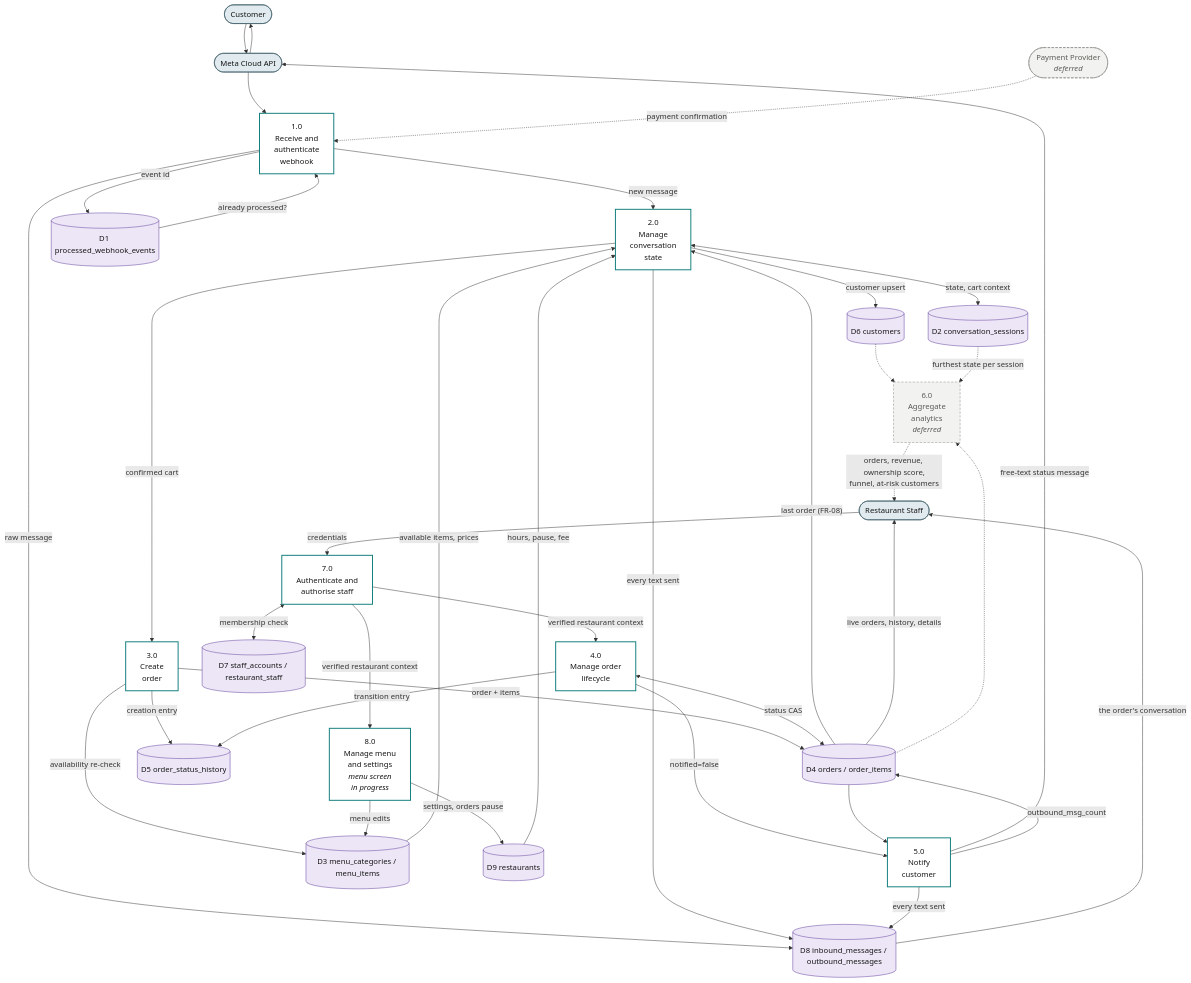
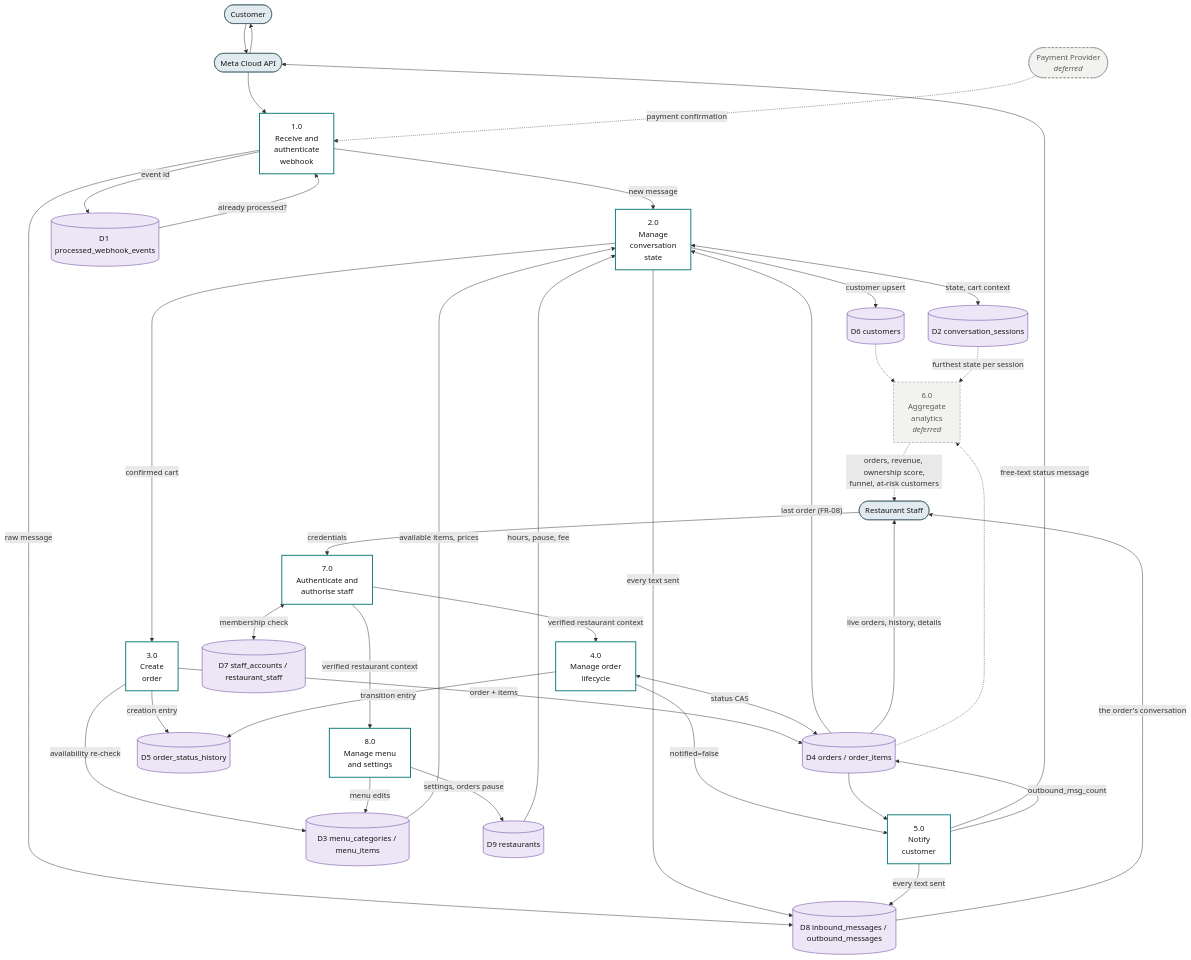
The diagram in docs/diagrams/11-dfd-level1.mmd (mhmdd137/sufria), drawn with Mermaid before and after one commit. The commit also changed 14 other files, not shown here.

```diff
--- a/docs/diagrams/11-dfd-level1.mmd
+++ b/docs/diagrams/11-dfd-level1.mmd
@@ -1,71 +1,71 @@
 flowchart TB
     classDef ext fill:#E1EAEE,stroke:#35555F,color:#161615
     classDef proc fill:#FFFFFF,stroke:#0E7C7B,stroke-width:2px,color:#161615
     classDef store fill:#EDE6F7,stroke:#5B3A99,color:#161615
     classDef defer fill:#F2F2F0,stroke:#8A8A85,stroke-width:1px,stroke-dasharray:5 3,color:#5A5A57
 
     CUST(["Customer"]):::ext
     STAFF(["Restaurant Staff"]):::ext
     META(["Meta Cloud API"]):::ext
     PAY(["Payment Provider<br/><i>deferred</i>"]):::defer
 
     P1["1.0<br/>Receive and<br/>authenticate<br/>webhook"]:::proc
     P2["2.0<br/>Manage<br/>conversation<br/>state"]:::proc
     P3["3.0<br/>Create<br/>order"]:::proc
     P4["4.0<br/>Manage order<br/>lifecycle"]:::proc
     P5["5.0<br/>Notify<br/>customer"]:::proc
     P6["6.0<br/>Aggregate<br/>analytics<br/><i>deferred</i>"]:::defer
     P7["7.0<br/>Authenticate and<br/>authorise staff"]:::proc
-    P8["8.0<br/>Manage menu<br/>and settings<br/><i>menu screen<br/>in progress</i>"]:::proc
+    P8["8.0<br/>Manage menu<br/>and settings"]:::proc
 
     D1[("D1 processed_webhook_events")]:::store
     D2[("D2 conversation_sessions")]:::store
     D3[("D3 menu_categories / menu_items")]:::store
     D4[("D4 orders / order_items")]:::store
     D5[("D5 order_status_history")]:::store
     D6[("D6 customers")]:::store
     D7[("D7 staff_accounts / restaurant_staff")]:::store
     D8[("D8 inbound_messages / outbound_messages")]:::store
     D9[("D9 restaurants")]:::store
 
     CUST --> META --> P1
     PAY -.->|"payment confirmation"| P1
     P1 -->|"event id"| D1
     D1 -->|"already processed?"| P1
     P1 -->|"new message"| P2
     P1 -->|"raw message"| D8
 
     P2 <-->|"state, cart context"| D2
     P2 -->|"customer upsert"| D6
     D3 -->|"available items, prices"| P2
     P2 -->|"confirmed cart"| P3
     D9 -->|"hours, pause, fee"| P2
     D4 -->|"last order (FR-08)"| P2
 
     P3 -->|"availability re-check"| D3
     P3 -->|"order + items"| D4
     P3 -->|"creation entry"| D5
 
     STAFF -->|"credentials"| P7
     P7 <-->|"membership check"| D7
     P7 -->|"verified restaurant context"| P4
     P7 --->|"verified restaurant context"| P8
     P8 -->|"menu edits"| D3
     P8 -->|"settings, orders pause"| D9
 
     P4 <-->|"status CAS"| D4
     P4 -->|"transition entry"| D5
     D4 -->|"live orders, history, details"| STAFF
     D8 -->|"the order's conversation"| STAFF
 
     P4 -->|"notified=false"| P5
     D4 --> P5
     P5 -->|"free-text status message"| META --> CUST
     P5 -->|"outbound_msg_count"| D4
     P2 -->|"every text sent"| D8
     P5 -->|"every text sent"| D8
 
     D4 -.-> P6
     D6 -.-> P6
     D2 -.->|"furthest state per session"| P6
     P6 -.->|"orders, revenue, ownership score,<br/>funnel, at-risk customers"| STAFF
```
